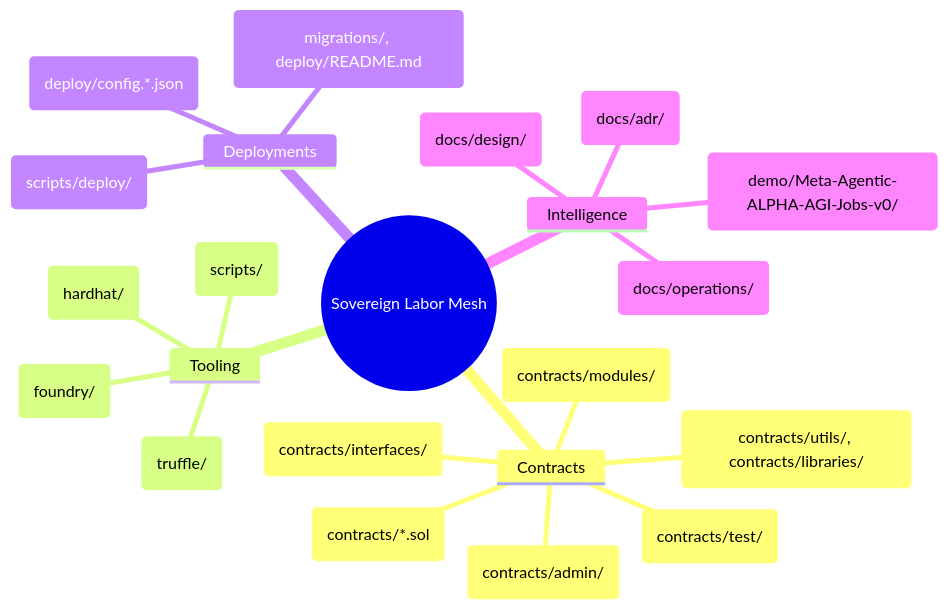
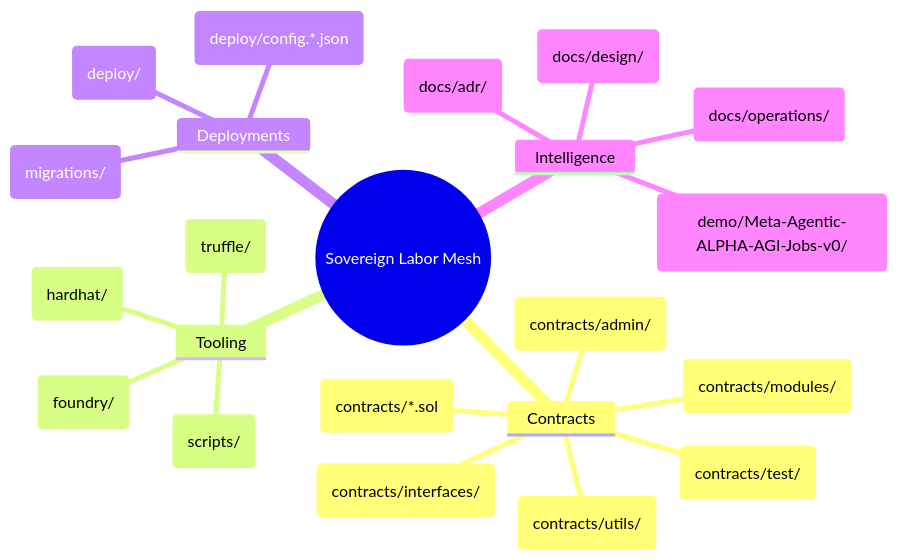
The second of 6 diagrams in README.md (MontrealAI/agijobs-sovereign-labor-v0p1), drawn with Mermaid before and after one commit. The commit also changed other lines of this file, not shown here.

````diff
--- a/README.md
+++ b/README.md
@@ -91,25 +92,25 @@
 ```mermaid
 mindmap
   root((Sovereign Labor Mesh))
     Contracts
       Core(contracts/*.sol)
       Modules(contracts/modules/)
       Admin(contracts/admin/)
-      Utilities(contracts/utils/, contracts/libraries/)
       Interfaces(contracts/interfaces/)
+      Utilities(contracts/utils/)
       Tests(contracts/test/)
     Tooling
       Truffle(truffle/)
       Hardhat(hardhat/)
       Foundry(foundry/)
       Scripts(scripts/)
     Deployments
       Config(deploy/config.*.json)
-      Manifests(migrations/, deploy/README.md)
-      Automation(scripts/deploy/)
+      Migrations(migrations/)
+      Autopilot(deploy/)
     Intelligence
       Design(docs/design/)
-      ADRs(docs/adr/)
+      ADR(docs/adr/)
       Operations(docs/operations/)
       Demo(demo/Meta-Agentic-ALPHA-AGI-Jobs-v0/)
 ```
````
